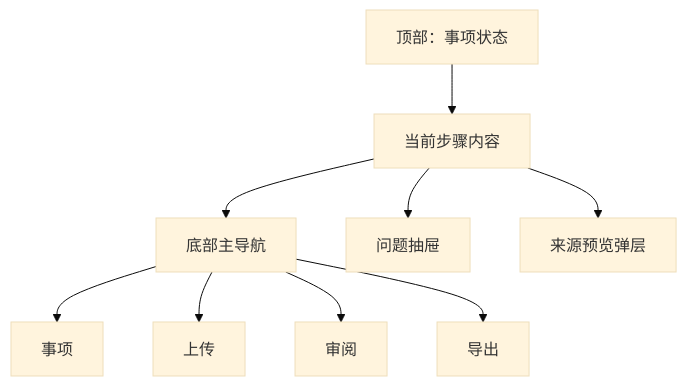
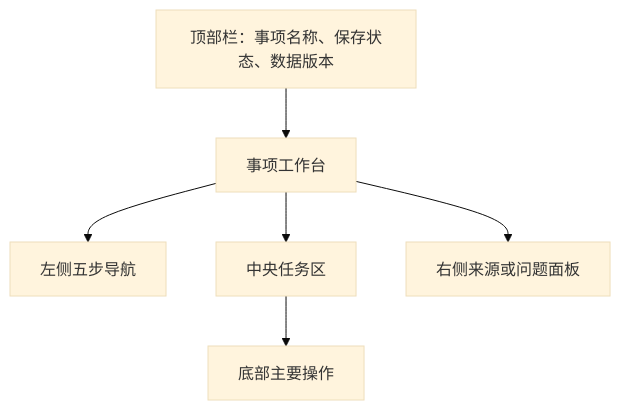
The diagram in outputs/前端技术方案_全国版强制执行材料生成助手.md (LanShiLiang/CaseFilingAssistant), drawn with Mermaid (base theme) before and after one commit. The commit also changed other lines of this file and 5 other files, not shown here.

````diff
--- a/outputs/前端技术方案_全国版强制执行材料生成助手.md
+++ b/outputs/前端技术方案_全国版强制执行材料生成助手.md
@@ -132,11 +251,9 @@
 ```mermaid
-flowchart TD
-  A["顶部：事项状态"] --> B["当前步骤内容"]
-  B --> C["底部主导航"]
-  B --> D["问题抽屉"]
-  B --> E["来源预览弹层"]
-  C --> F["事项"]
-  C --> G["上传"]
-  C --> H["审阅"]
-  C --> I["导出"]
+flowchart TB
+  Header["顶部栏：事项名称、保存状态、数据版本"]
+  Header --> Workbench["事项工作台"]
+  Workbench --> Steps["左侧五步导航"]
+  Workbench --> Main["中央任务区"]
+  Workbench --> Context["右侧来源或问题面板"]
+  Main --> Actions["底部主要操作"]
 ```
````
